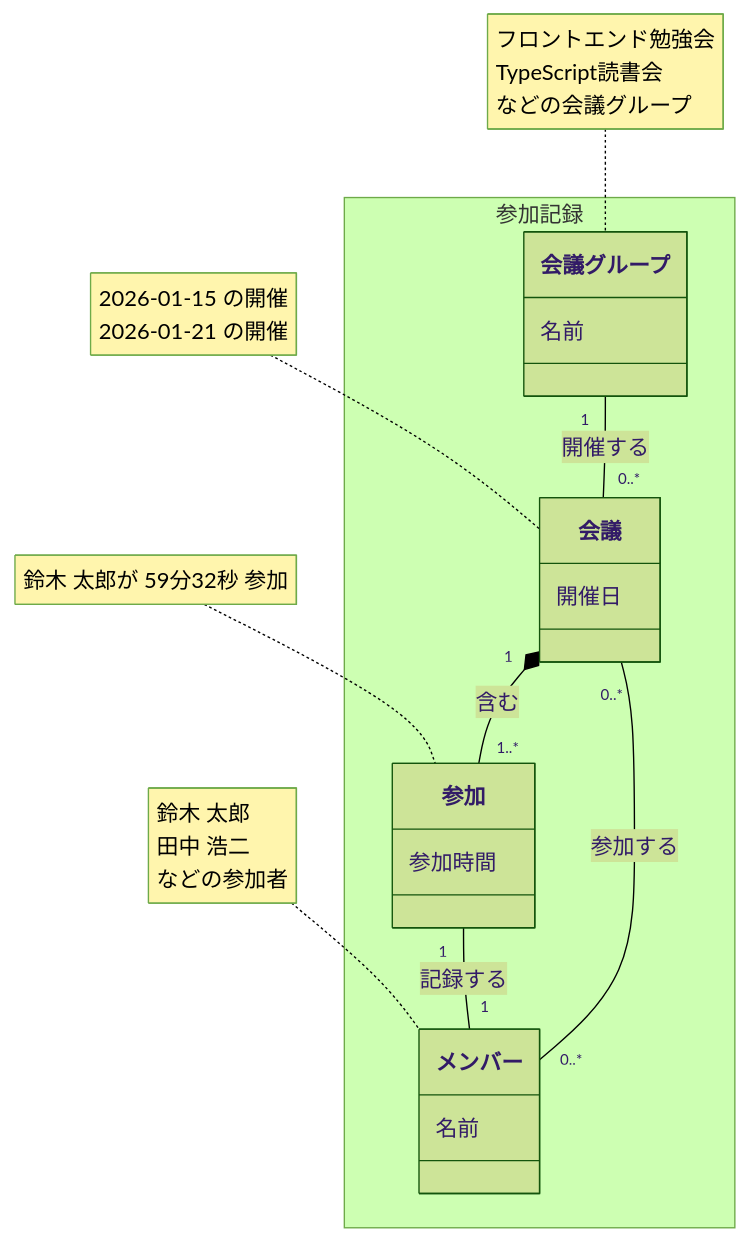
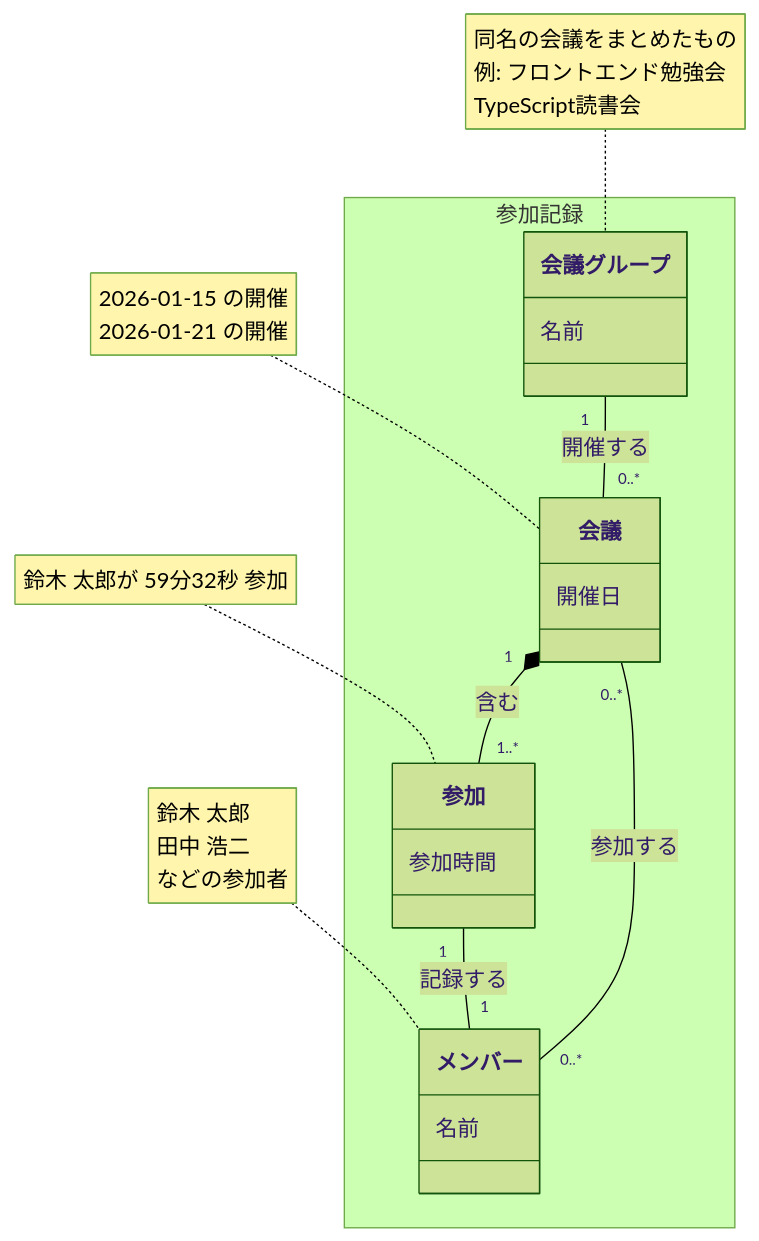
The first of 2 diagrams in docs/index.md (nuitsjp/teams-board), drawn with Mermaid (forest theme) before and after one commit. The commit also changed other lines of this file and 6 other files, not shown here.

````diff
--- a/docs/index.md
+++ b/docs/index.md
@@ -12,27 +12,27 @@
 ```mermaid
 classDiagram
     namespace 参加記録 {
         class 会議グループ {
             名前
         }
         class メンバー {
             名前
         }
         class 会議 {
             開催日
         }
         class 参加 {
             参加時間
         }
     }
 
     会議グループ "1" -- "0..*" 会議 : 開催する
     メンバー "0..*" -- "0..*" 会議 : 参加する
     会議 "1" *-- "1..*" 参加 : 含む
     参加 "1" -- "1" メンバー : 記録する
 
-    note for 会議グループ "フロントエンド勉強会<br/>TypeScript読書会<br/>などの会議グループ"
+    note for 会議グループ "同名の会議をまとめたもの<br/>例: フロントエンド勉強会<br/>TypeScript読書会"
     note for メンバー "鈴木 太郎<br/>田中 浩二<br/>などの参加者"
     note for 会議 "2026-01-15 の開催<br/>2026-01-21 の開催"
     note for 参加 "鈴木 太郎が 59分32秒 参加"
 ```
````
